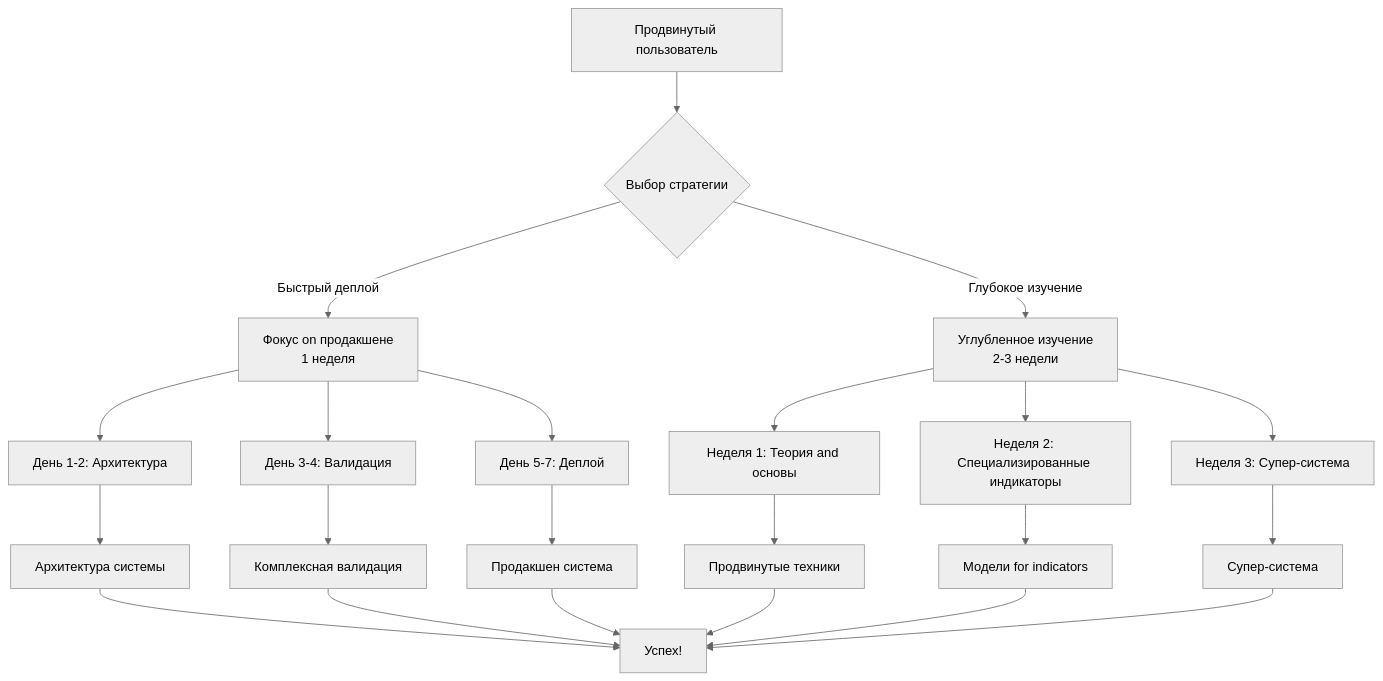
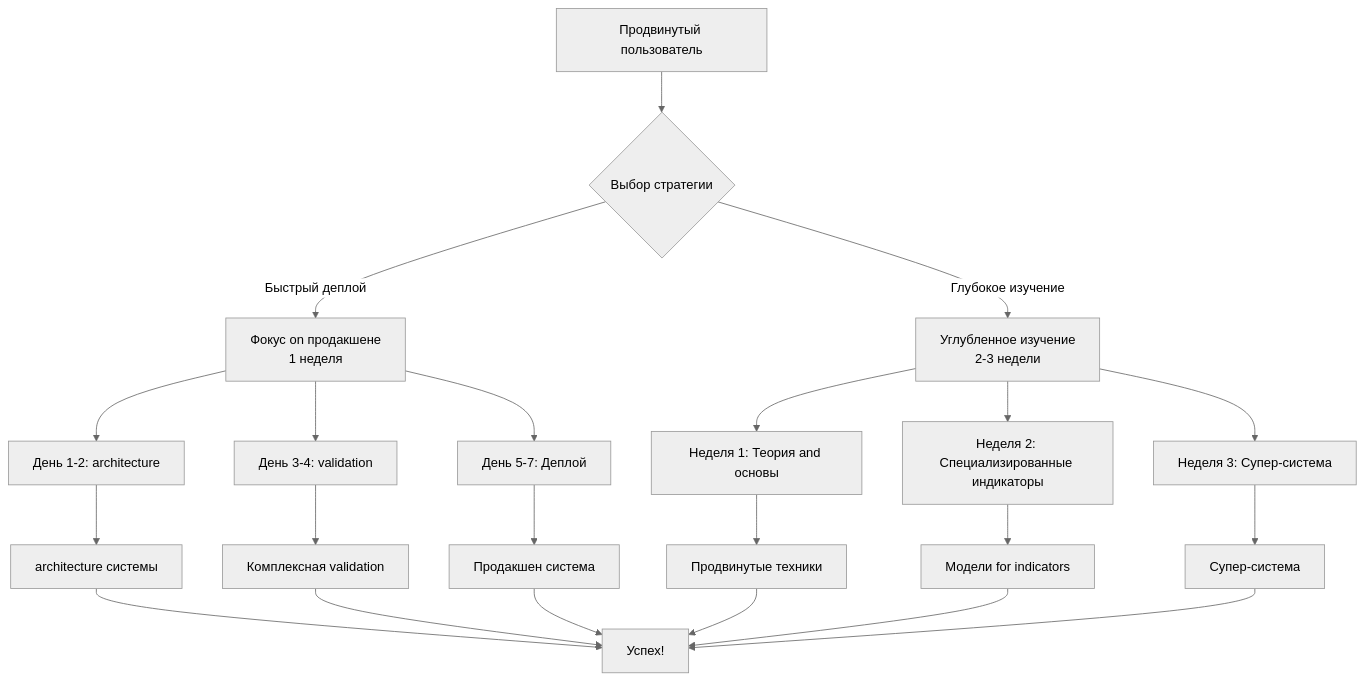
The third of 8 diagrams in docs/automl/gluon/25_reading_guide.md (NeoZorK/neozork-hld-prediction), drawn with Mermaid (neutral theme) before and after one commit. The commit also changed other lines of this file and 88 other files, not shown here.

````diff
--- a/docs/automl/gluon/25_reading_guide.md
+++ b/docs/automl/gluon/25_reading_guide.md
@@ -300,29 +300,29 @@
 ```mermaid
 graph TD
 A[Продвинутый пользователь] --> B{Выбор стратегии}
 B -->|Быстрый деплой| C[Фокус on продакшене<br/>1 неделя]
 B -->|Глубокое изучение| D[Углубленное изучение<br/>2-3 недели]
 
-C --> C1[День 1-2: Архитектура]
-C --> C2[День 3-4: Валидация]
+C --> C1[День 1-2: architecture]
+C --> C2[День 3-4: validation]
 C --> C3[День 5-7: Деплой]
 
 D --> D1[Неделя 1: Теория and основы]
 D --> D2[Неделя 2: Специализированные индикаторы]
 D --> D3[Неделя 3: Супер-система]
 
-C1 --> E1[Архитектура системы]
-C2 --> E2[Комплексная валидация]
+C1 --> E1[architecture системы]
+C2 --> E2[Комплексная validation]
 C3 --> E3[Продакшен система]
 
 D1 --> F1[Продвинутые техники]
 D2 --> F2[Модели for indicators]
 D3 --> F3[Супер-система]
 
 E1 --> G[Успех!]
  E2 --> G
  E3 --> G
  F1 --> G
  F2 --> G
  F3 --> G
 ```
````
